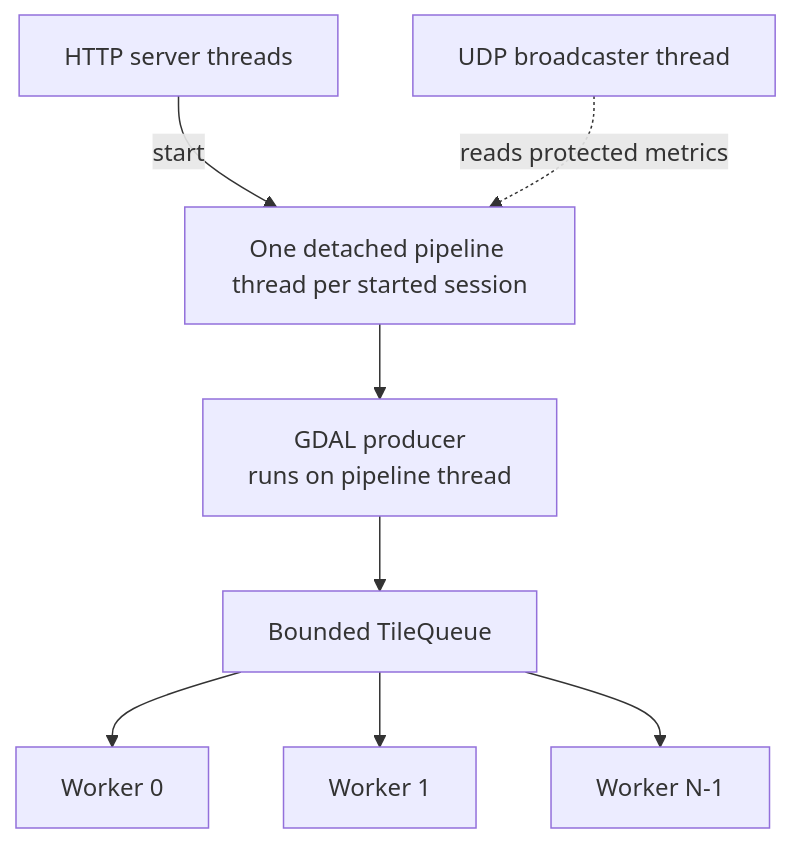
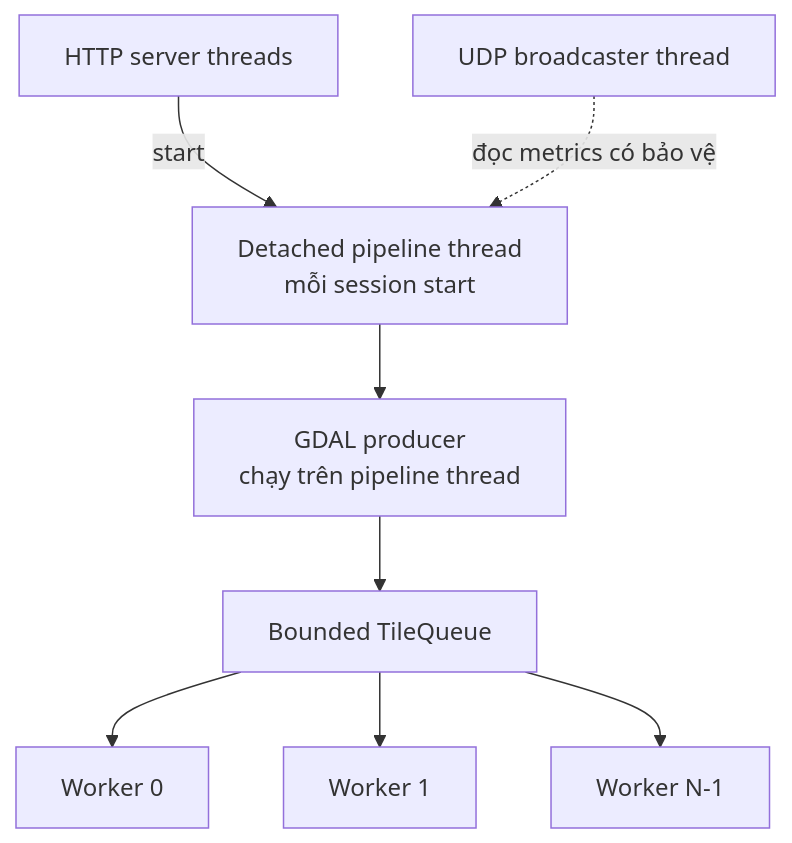
One commit to Dinhthuy2k5/remote-sensing-pipeline changed the diagram in docs/CONCURRENCY.md. Above: the diagram before and after it, drawn with Mermaid. The commit also changed other lines of this file and 5 other files, not shown here.

````diff
--- a/docs/CONCURRENCY.md
+++ b/docs/CONCURRENCY.md
@@ -8,18 +9,18 @@
 ```mermaid
 flowchart TB
     HTTP["HTTP server threads"]
-    Pipeline["One detached pipeline thread per started session"]
-    Producer["GDAL producer<br/>runs on pipeline thread"]
+    Pipeline["Detached pipeline thread<br/>mỗi session start"]
+    Producer["GDAL producer<br/>chạy trên pipeline thread"]
     Queue["Bounded TileQueue"]
     W1["Worker 0"]
     W2["Worker 1"]
     WN["Worker N-1"]
     UDP["UDP broadcaster thread"]
 
     HTTP -->|"start"| Pipeline
     Pipeline --> Producer --> Queue
     Queue --> W1
     Queue --> W2
     Queue --> WN
-    UDP -. "reads protected metrics" .-> Pipeline
+    UDP -. "đọc metrics có bảo vệ" .-> Pipeline
 ```
````
